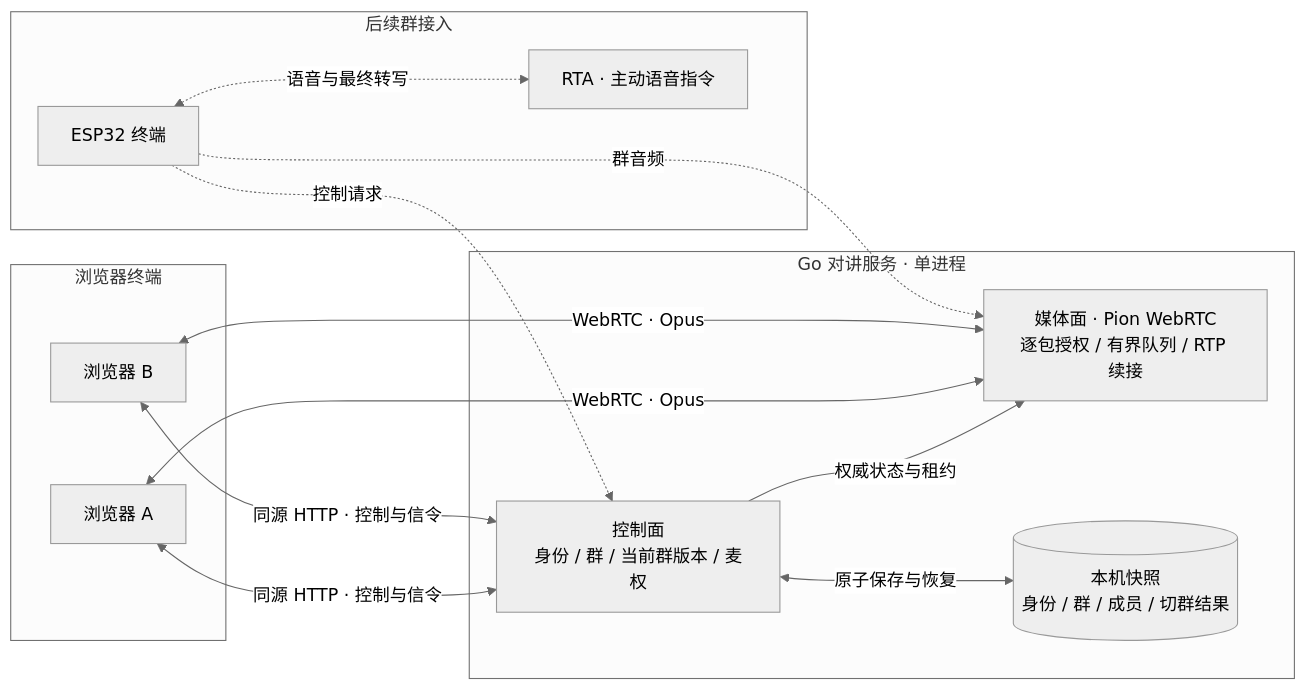
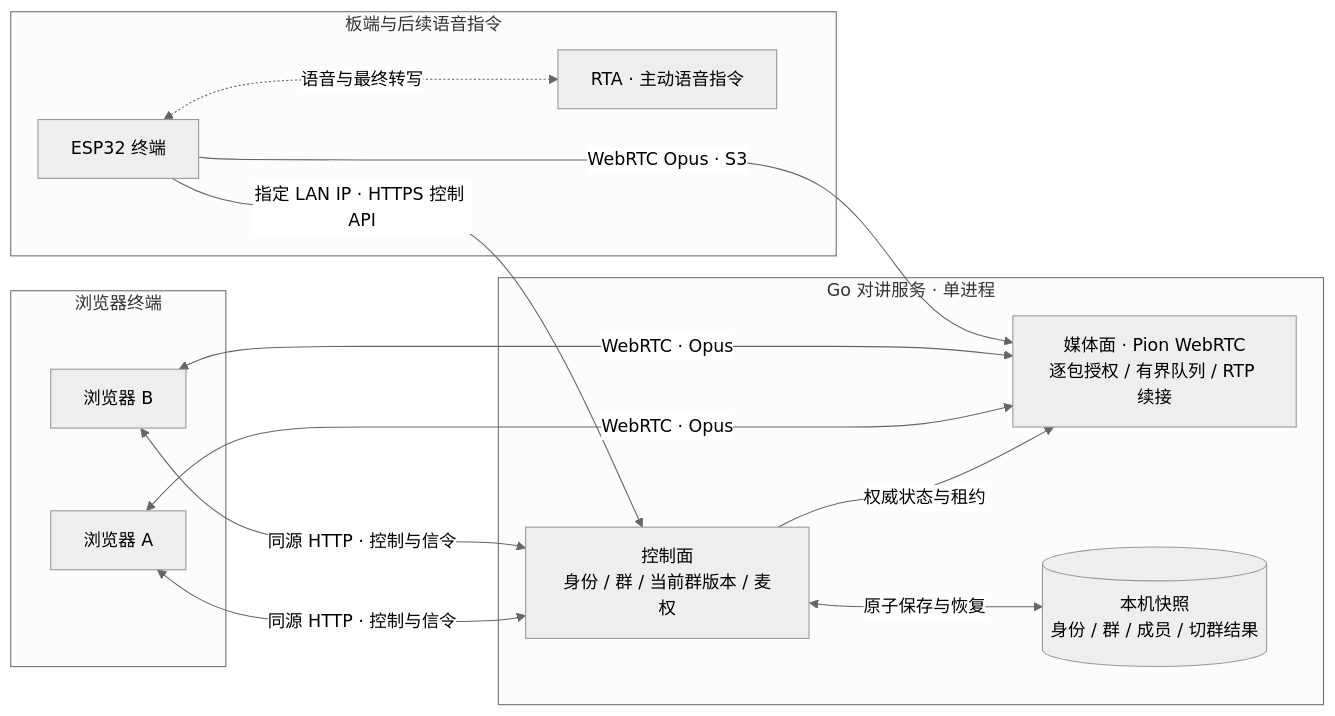
Before and after one commit to iewiad/miku-intercom: the first of 4 diagrams in README.md, drawn with Mermaid (neutral theme). The commit also changed other lines of this file and 33 other files, not shown here.

````diff
--- a/README.md
+++ b/README.md
@@ -13,25 +13,25 @@
 ```mermaid
 flowchart LR
     subgraph Clients[浏览器终端]
         A[浏览器 A]
         B[浏览器 B]
     end
     subgraph Server[Go 对讲服务 · 单进程]
         C[控制面<br/>身份 / 群 / 当前群版本 / 麦权]
         M[媒体面 · Pion WebRTC<br/>逐包授权 / 有界队列 / RTP 续接]
         D[(本机快照<br/>身份 / 群 / 成员 / 切群结果)]
         C -->|权威状态与租约| M
         C <-->|原子保存与恢复| D
     end
     A <-->|同源 HTTP · 控制与信令| C
     B <-->|同源 HTTP · 控制与信令| C
     A <-->|WebRTC · Opus| M
     B <-->|WebRTC · Opus| M
-    subgraph Next[后续群接入]
+    subgraph Device[板端与后续语音指令]
         E[ESP32 终端]
         R[RTA · 主动语音指令]
     end
-    E -.->|控制请求| C
-    E -.->|群音频| M
+    E -->|指定 LAN IP · HTTPS 控制 API| C
+    E -->|WebRTC Opus · S3| M
     E <-.->|语音与最终转写| R
 ```
````
